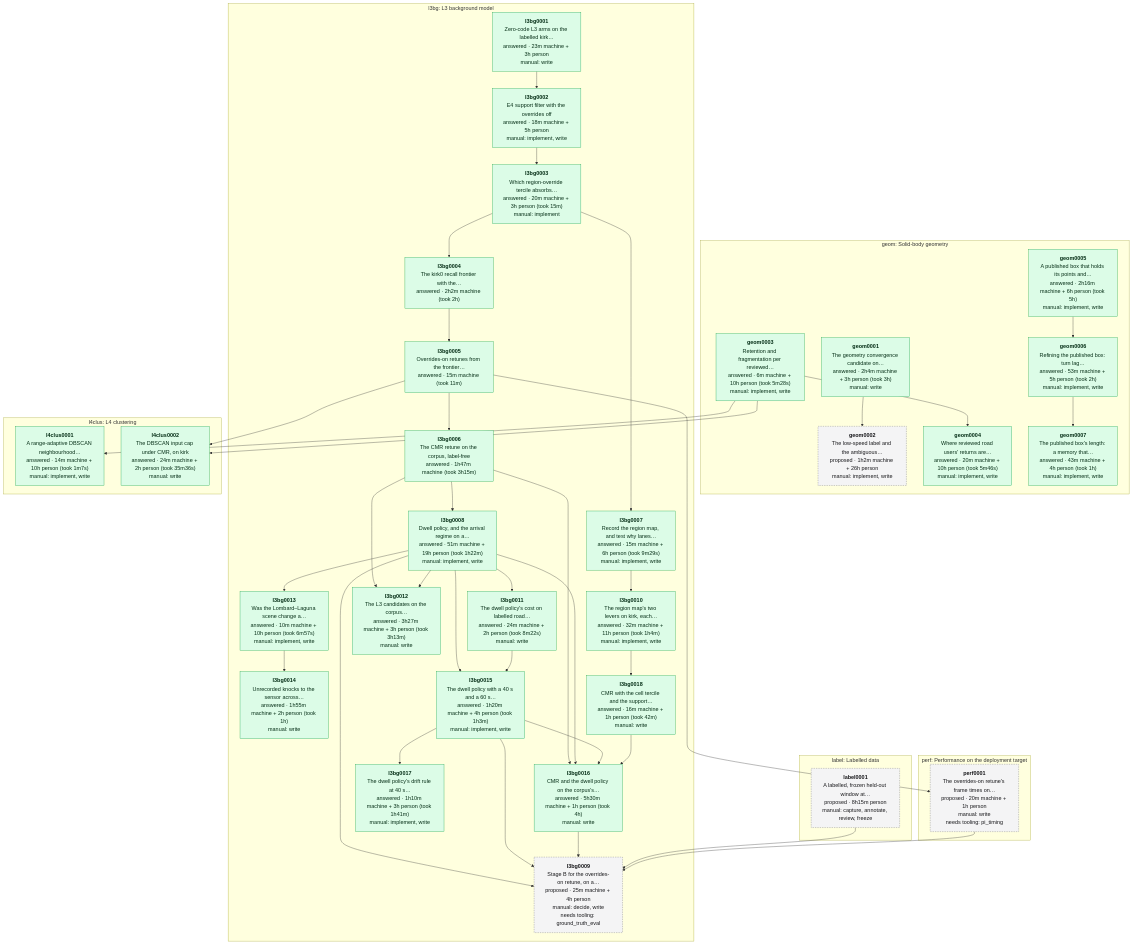
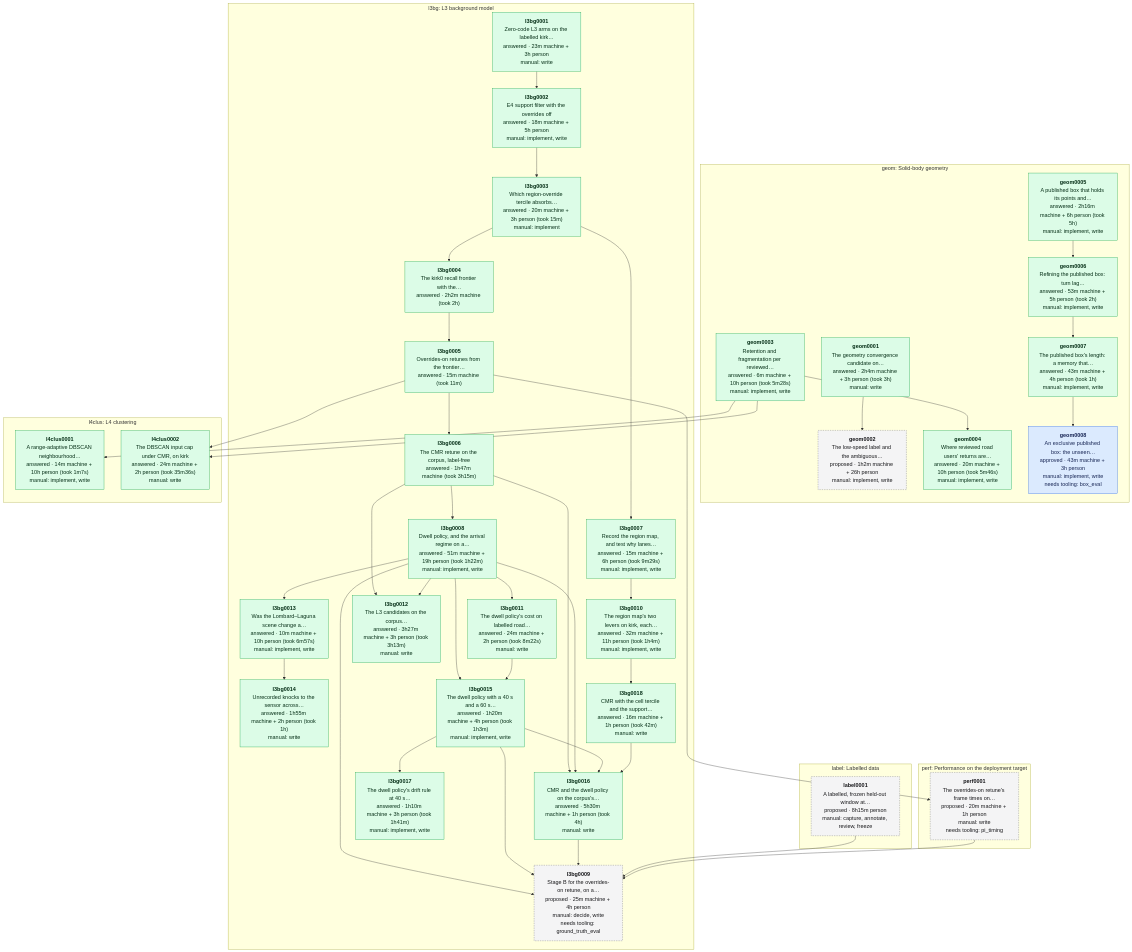
One commit to banshee-data/velocity.report changed the diagram in data/experiments/DEPENDENCIES.md. Above: the diagram before and after it, drawn with Mermaid. The commit also changed other lines of this file and 1 other file, not shown here.

Commit message:
[ai][docs] geom0008 spec: an exclusive published box, with its adoption rule written before the replays

````diff
--- a/data/experiments/DEPENDENCIES.md
+++ b/data/experiments/DEPENDENCIES.md
@@ -7,80 +7,82 @@
 ```mermaid
 flowchart TB
   classDef proposed fill:#f4f4f5,stroke:#71717a,stroke-dasharray:4 3,color:#18181b
   classDef approved fill:#dbeafe,stroke:#2563eb,color:#172554
   classDef answered fill:#dcfce7,stroke:#16a34a,color:#052e16
   classDef retired fill:#fafafa,stroke:#d4d4d8,color:#71717a
   subgraph area_geom ["geom: Solid-body geometry"]
     geom0001["<b>geom0001</b><br/>The geometry convergence candidate on…<br/>answered · 2h4m machine + 3h person (took 3h)<br/>manual: write"]:::answered
     geom0002["<b>geom0002</b><br/>The low-speed label and the ambiguous…<br/>proposed · 1h2m machine + 26h person<br/>manual: implement, write"]:::proposed
     geom0003["<b>geom0003</b><br/>Retention and fragmentation per reviewed…<br/>answered · 6m machine + 10h person (took 5m28s)<br/>manual: implement, write"]:::answered
     geom0004["<b>geom0004</b><br/>Where reviewed road users' returns are…<br/>answered · 20m machine + 10h person (took 5m46s)<br/>manual: implement, write"]:::answered
     geom0005["<b>geom0005</b><br/>A published box that holds its points and…<br/>answered · 2h16m machine + 6h person (took 5h)<br/>manual: implement, write"]:::answered
     geom0006["<b>geom0006</b><br/>Refining the published box: turn lag…<br/>answered · 53m machine + 5h person (took 2h)<br/>manual: implement, write"]:::answered
     geom0007["<b>geom0007</b><br/>The published box's length: a memory that…<br/>answered · 43m machine + 4h person (took 1h)<br/>manual: implement, write"]:::answered
+    geom0008["<b>geom0008</b><br/>An exclusive published box: the unseen…<br/>approved · 43m machine + 3h person<br/>manual: implement, write<br/>needs tooling: box_eval"]:::approved
   end
   subgraph area_l3bg ["l3bg: L3 background model"]
     l3bg0001["<b>l3bg0001</b><br/>Zero-code L3 arms on the labelled kirk…<br/>answered · 23m machine + 3h person<br/>manual: write"]:::answered
     l3bg0002["<b>l3bg0002</b><br/>E4 support filter with the overrides off<br/>answered · 18m machine + 5h person<br/>manual: implement, write"]:::answered
     l3bg0003["<b>l3bg0003</b><br/>Which region-override tercile absorbs…<br/>answered · 20m machine + 3h person (took 15m)<br/>manual: implement"]:::answered
     l3bg0004["<b>l3bg0004</b><br/>The kirk0 recall frontier with the…<br/>answered · 2h2m machine (took 2h)"]:::answered
     l3bg0005["<b>l3bg0005</b><br/>Overrides-on retunes from the frontier…<br/>answered · 15m machine (took 11m)"]:::answered
     l3bg0006["<b>l3bg0006</b><br/>The CMR retune on the corpus, label-free<br/>answered · 1h47m machine (took 3h15m)"]:::answered
     l3bg0007["<b>l3bg0007</b><br/>Record the region map, and test why lanes…<br/>answered · 15m machine + 6h person (took 9m29s)<br/>manual: implement, write"]:::answered
     l3bg0008["<b>l3bg0008</b><br/>Dwell policy, and the arrival regime on a…<br/>answered · 51m machine + 19h person (took 1h22m)<br/>manual: implement, write"]:::answered
     l3bg0009["<b>l3bg0009</b><br/>Stage B for the overrides-on retune, on a…<br/>proposed · 25m machine + 4h person<br/>manual: decide, write<br/>needs tooling: ground_truth_eval"]:::proposed
     l3bg0010["<b>l3bg0010</b><br/>The region map's two levers on kirk, each…<br/>answered · 32m machine + 11h person (took 1h4m)<br/>manual: implement, write"]:::answered
     l3bg0011["<b>l3bg0011</b><br/>The dwell policy's cost on labelled road…<br/>answered · 24m machine + 2h person (took 8m22s)<br/>manual: write"]:::answered
     l3bg0012["<b>l3bg0012</b><br/>The L3 candidates on the corpus…<br/>answered · 3h27m machine + 3h person (took 3h13m)<br/>manual: write"]:::answered
     l3bg0013["<b>l3bg0013</b><br/>Was the Lombard–Laguna scene change a…<br/>answered · 10m machine + 10h person (took 6m57s)<br/>manual: implement, write"]:::answered
     l3bg0014["<b>l3bg0014</b><br/>Unrecorded knocks to the sensor across…<br/>answered · 1h55m machine + 2h person (took 1h)<br/>manual: write"]:::answered
     l3bg0015["<b>l3bg0015</b><br/>The dwell policy with a 40 s and a 60 s…<br/>answered · 1h20m machine + 4h person (took 1h3m)<br/>manual: implement, write"]:::answered
     l3bg0016["<b>l3bg0016</b><br/>CMR and the dwell policy on the corpus's…<br/>answered · 5h30m machine + 1h person (took 4h)<br/>manual: write"]:::answered
     l3bg0017["<b>l3bg0017</b><br/>The dwell policy's drift rule at 40 s…<br/>answered · 1h10m machine + 3h person (took 1h41m)<br/>manual: implement, write"]:::answered
     l3bg0018["<b>l3bg0018</b><br/>CMR with the cell tercile and the support…<br/>answered · 16m machine + 1h person (took 42m)<br/>manual: write"]:::answered
   end
   subgraph area_l4clus ["l4clus: L4 clustering"]
     l4clus0001["<b>l4clus0001</b><br/>A range-adaptive DBSCAN neighbourhood…<br/>answered · 14m machine + 10h person (took 1m7s)<br/>manual: implement, write"]:::answered
     l4clus0002["<b>l4clus0002</b><br/>The DBSCAN input cap under CMR, on kirk<br/>answered · 24m machine + 2h person (took 35m36s)<br/>manual: write"]:::answered
   end
   subgraph area_label ["label: Labelled data"]
     label0001["<b>label0001</b><br/>A labelled, frozen held-out window at…<br/>proposed · 8h15m person<br/>manual: capture, annotate, review, freeze"]:::proposed
   end
   subgraph area_perf ["perf: Performance on the deployment target"]
     perf0001["<b>perf0001</b><br/>The overrides-on retune's frame times on…<br/>proposed · 20m machine + 1h person<br/>manual: write<br/>needs tooling: pi_timing"]:::proposed
   end
   geom0001 --> geom0002
   geom0003 --> geom0004
   geom0005 --> geom0006
   geom0006 --> geom0007
+  geom0007 --> geom0008
   l3bg0001 --> l3bg0002
   l3bg0002 --> l3bg0003
   l3bg0003 --> l3bg0004
   l3bg0004 --> l3bg0005
   l3bg0005 --> l3bg0006
   l3bg0003 --> l3bg0007
   l3bg0006 --> l3bg0008
   l3bg0008 --> l3bg0009
   l3bg0015 --> l3bg0009
   l3bg0016 --> l3bg0009
   label0001 --> l3bg0009
   perf0001 --> l3bg0009
   l3bg0007 --> l3bg0010
   l3bg0008 --> l3bg0011
   l3bg0006 --> l3bg0012
   l3bg0008 --> l3bg0012
   l3bg0008 --> l3bg0013
   l3bg0013 --> l3bg0014
   l3bg0008 --> l3bg0015
   l3bg0011 --> l3bg0015
   l3bg0006 --> l3bg0016
   l3bg0008 --> l3bg0016
   l3bg0015 --> l3bg0016
   l3bg0018 --> l3bg0016
   l3bg0015 --> l3bg0017
   l3bg0010 --> l3bg0018
   geom0003 --> l4clus0001
   geom0003 --> l4clus0002
   l3bg0005 --> l4clus0002
   l3bg0005 --> perf0001
 ```
````
